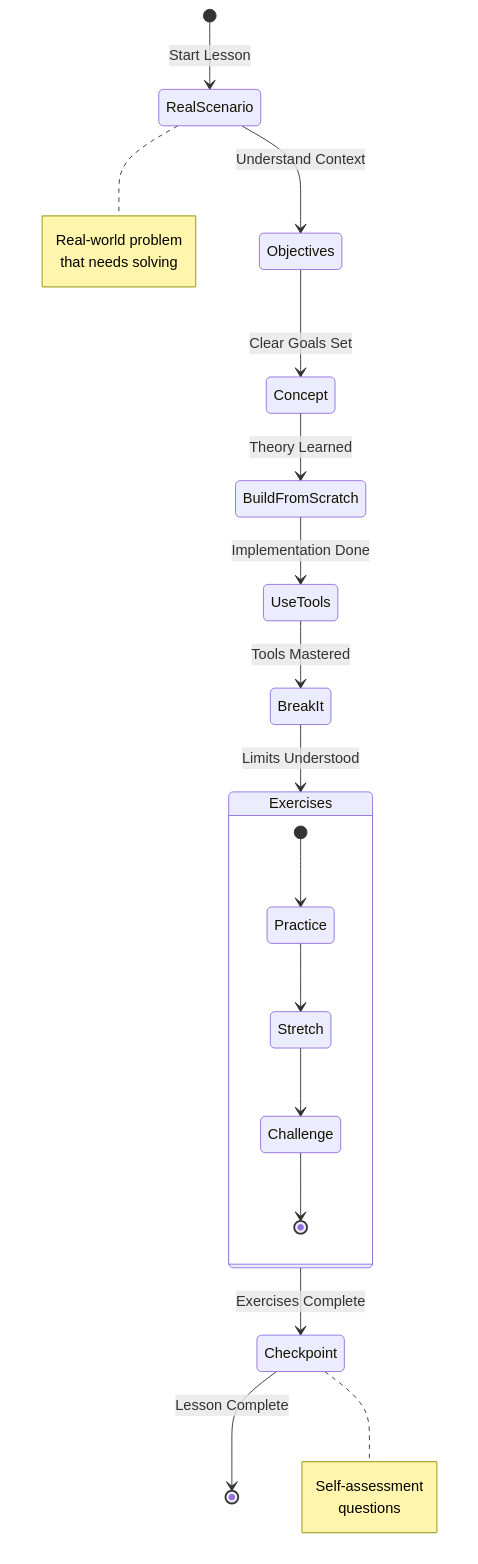
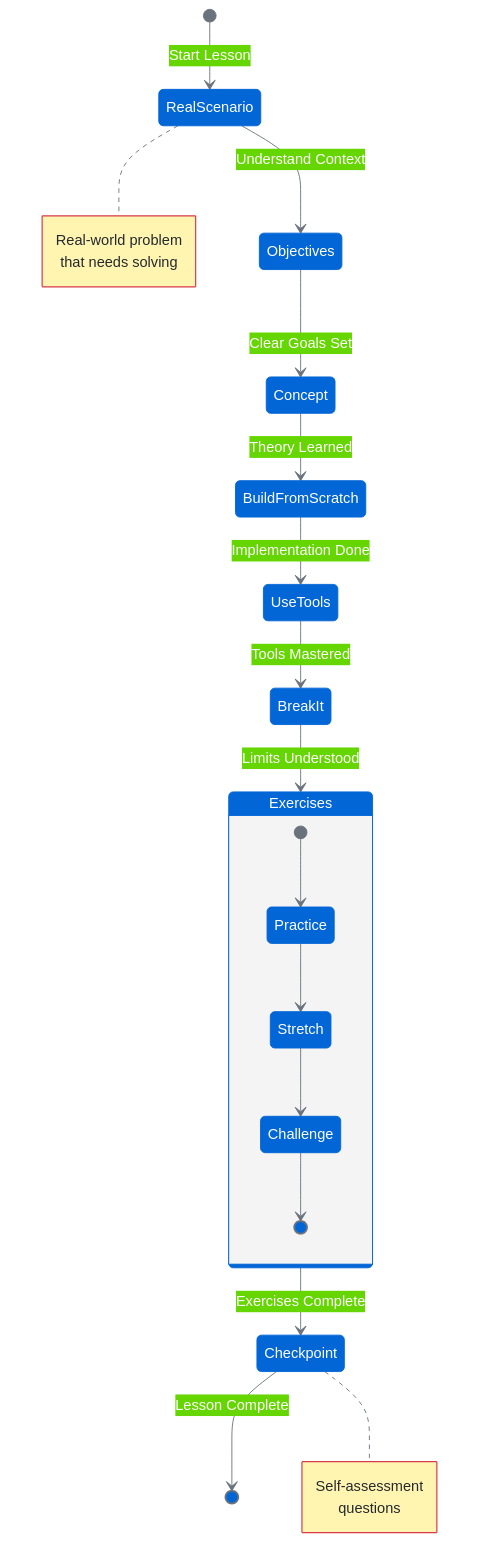
The ninth of 21 diagrams in README.md (nexageapps/AI), drawn with Mermaid before and after one commit. The commit also changed other lines of this file and 1 other file, not shown here.

````diff
--- a/README.md
+++ b/README.md
@@ -311,31 +318,32 @@
 ```mermaid
+%%{init: {'theme':'base', 'themeVariables': {'primaryColor':'#0366d6','primaryTextColor':'#fff','primaryBorderColor':'#0366d6','lineColor':'#6a737d','tertiaryColor':'#f1f8ff','tertiaryTextColor':'#24292e','tertiaryBorderColor':'#0366d6','noteBkgColor':'#fff5b1','noteTextColor':'#24292e','noteBorderColor':'#d73a49'}}}%%
 stateDiagram-v2
     [*] --> RealScenario: Start Lesson
     
     RealScenario --> Objectives: Understand Context
     Objectives --> Concept: Clear Goals Set
     Concept --> BuildFromScratch: Theory Learned
     BuildFromScratch --> UseTools: Implementation Done
     UseTools --> BreakIt: Tools Mastered
     BreakIt --> Exercises: Limits Understood
     
     state Exercises {
         [*] --> Practice
         Practice --> Stretch
         Stretch --> Challenge
         Challenge --> [*]
     }
     
     Exercises --> Checkpoint: Exercises Complete
     Checkpoint --> [*]: Lesson Complete
     
     note right of RealScenario
         Real-world problem
         that needs solving
     end note
     
     note right of Checkpoint
         Self-assessment
         questions
     end note
 ```
````
